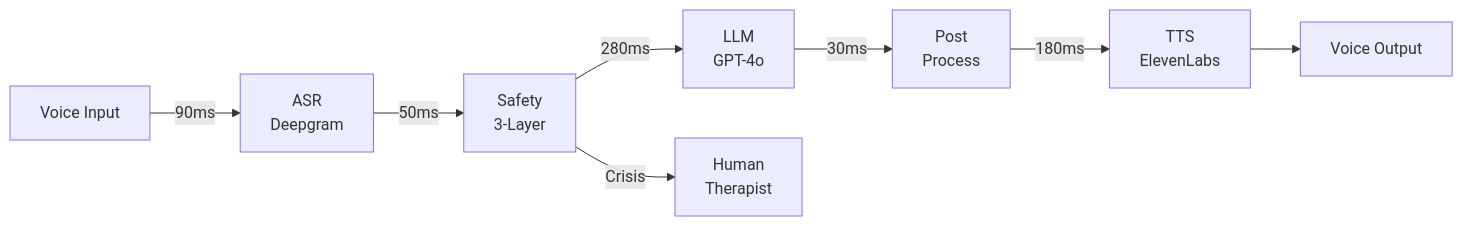
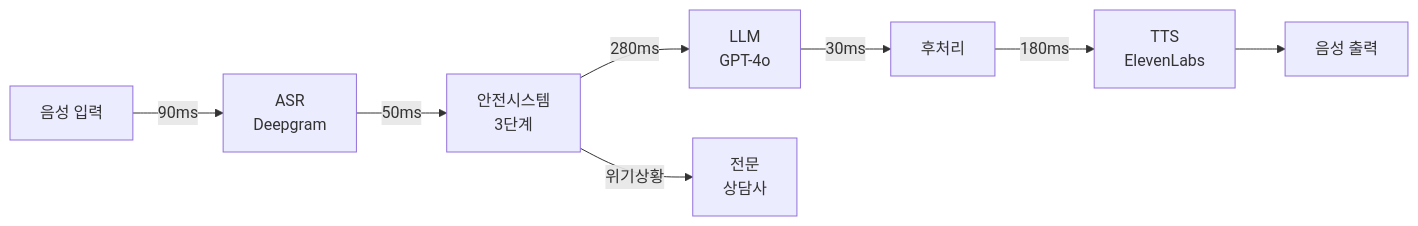
One commit to genius8267/AI-_Intune-Care changed the diagram in README.md. Above: the diagram before and after it, drawn with Mermaid. The commit also changed other lines of this file, not shown here.

````diff
--- a/README.md
+++ b/README.md
@@ -76,11 +75,11 @@
 ```mermaid
 graph LR
-    A[Voice Input] -->|90ms| B[ASR<br/>Deepgram]
-    B -->|50ms| C[Safety<br/>3-Layer]
+    A[음성 입력] -->|90ms| B[ASR<br/>Deepgram]
+    B -->|50ms| C[안전시스템<br/>3단계]
     C -->|280ms| D[LLM<br/>GPT-4o]
-    D -->|30ms| E[Post<br/>Process]
+    D -->|30ms| E[후처리]
     E -->|180ms| F[TTS<br/>ElevenLabs]
-    F --> G[Voice Output]
+    F --> G[음성 출력]
     
-    C -->|Crisis| H[Human<br/>Therapist]
+    C -->|위기상황| H[전문<br/>상담사]
 ```
````
